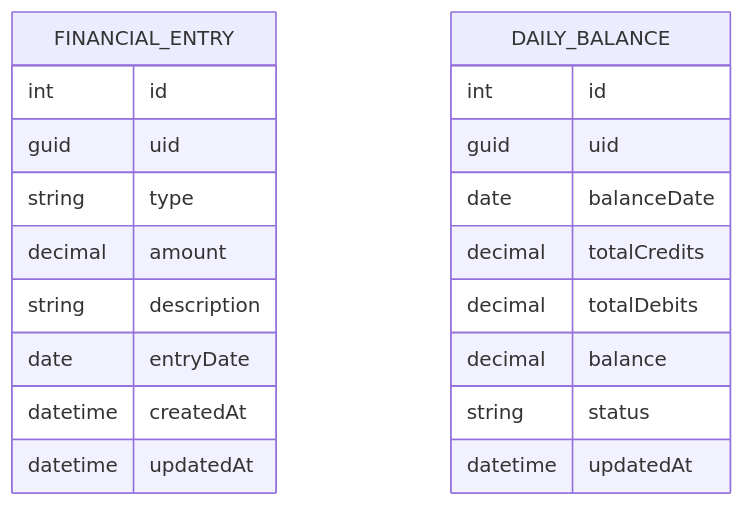
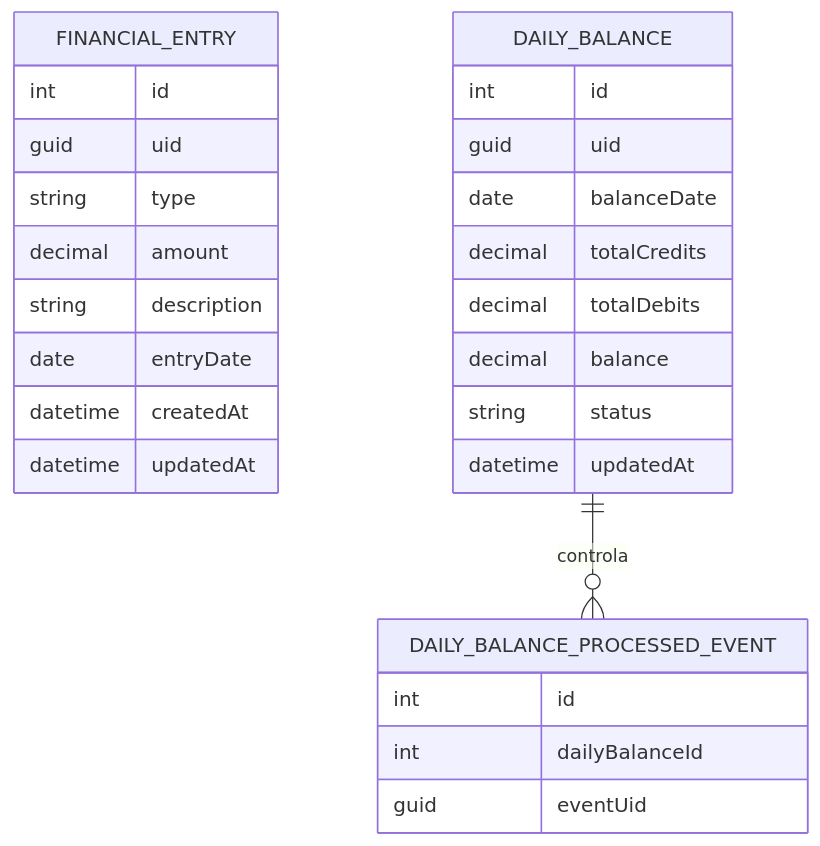
One commit to vanessabrava/cash-flow-architecture changed the diagram in docs/06-modelo-de-dados.md. Above: the diagram before and after it, drawn with Mermaid. The commit also changed other lines of this file and 26 other files, not shown here.

````diff
--- a/docs/06-modelo-de-dados.md
+++ b/docs/06-modelo-de-dados.md
@@ -78,24 +90,32 @@
 ```mermaid
 erDiagram
     FINANCIAL_ENTRY {
         int id
         guid uid
         string type
         decimal amount
         string description
         date entryDate
         datetime createdAt
         datetime updatedAt
     }
 
     DAILY_BALANCE {
         int id
         guid uid
         date balanceDate
         decimal totalCredits
         decimal totalDebits
         decimal balance
         string status
         datetime updatedAt
     }
+
+    DAILY_BALANCE_PROCESSED_EVENT {
+        int id
+        int dailyBalanceId
+        guid eventUid
+    }
+
+    DAILY_BALANCE ||--o{ DAILY_BALANCE_PROCESSED_EVENT : controla
 ```
````
